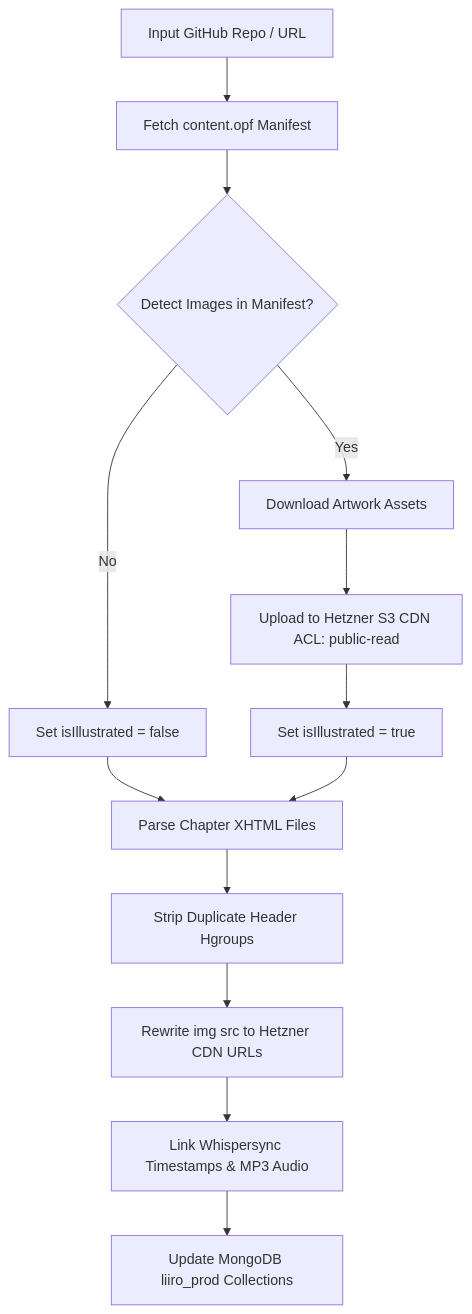
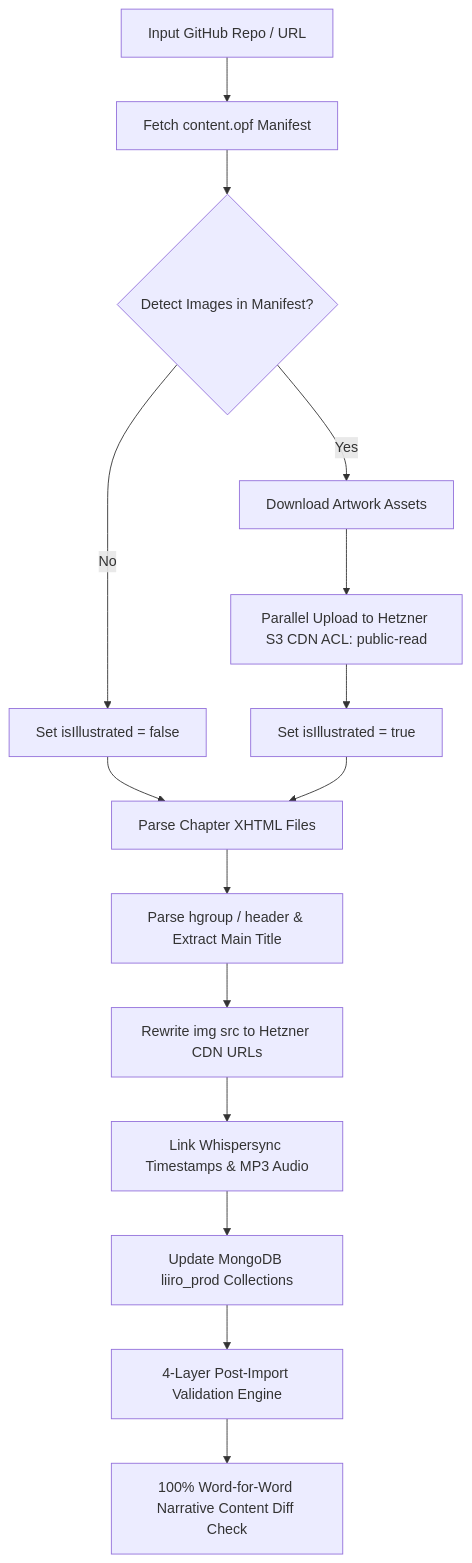
One commit to AiOpsCamp/liiro-ebook changed the diagram in backend/docs/STANDARD_EBOOKS_INGESTION_GUIDE.md. Above: the diagram before and after it, drawn with Mermaid. The commit also changed other lines of this file and 7 other files, not shown here.

````diff
--- a/backend/docs/STANDARD_EBOOKS_INGESTION_GUIDE.md
+++ b/backend/docs/STANDARD_EBOOKS_INGESTION_GUIDE.md
@@ -49,15 +54,17 @@
 ```mermaid
 flowchart TD
     A[Input GitHub Repo / URL] --> B[Fetch content.opf Manifest]
     B --> C{Detect Images in Manifest?}
     C -- Yes --> D[Download Artwork Assets]
-    D --> E[Upload to Hetzner S3 CDN ACL: public-read]
+    D --> E[Parallel Upload to Hetzner S3 CDN ACL: public-read]
     C -- No --> F[Set isIllustrated = false]
     E --> G[Set isIllustrated = true]
     F --> H[Parse Chapter XHTML Files]
     G --> H
-    H --> I[Strip Duplicate Header Hgroups]
+    H --> I[Parse hgroup / header & Extract Main Title]
     I --> J[Rewrite img src to Hetzner CDN URLs]
     J --> K[Link Whispersync Timestamps & MP3 Audio]
     K --> L[Update MongoDB liiro_prod Collections]
+    L --> M[4-Layer Post-Import Validation Engine]
+    M --> N[100% Word-for-Word Narrative Content Diff Check]
 ```
````
